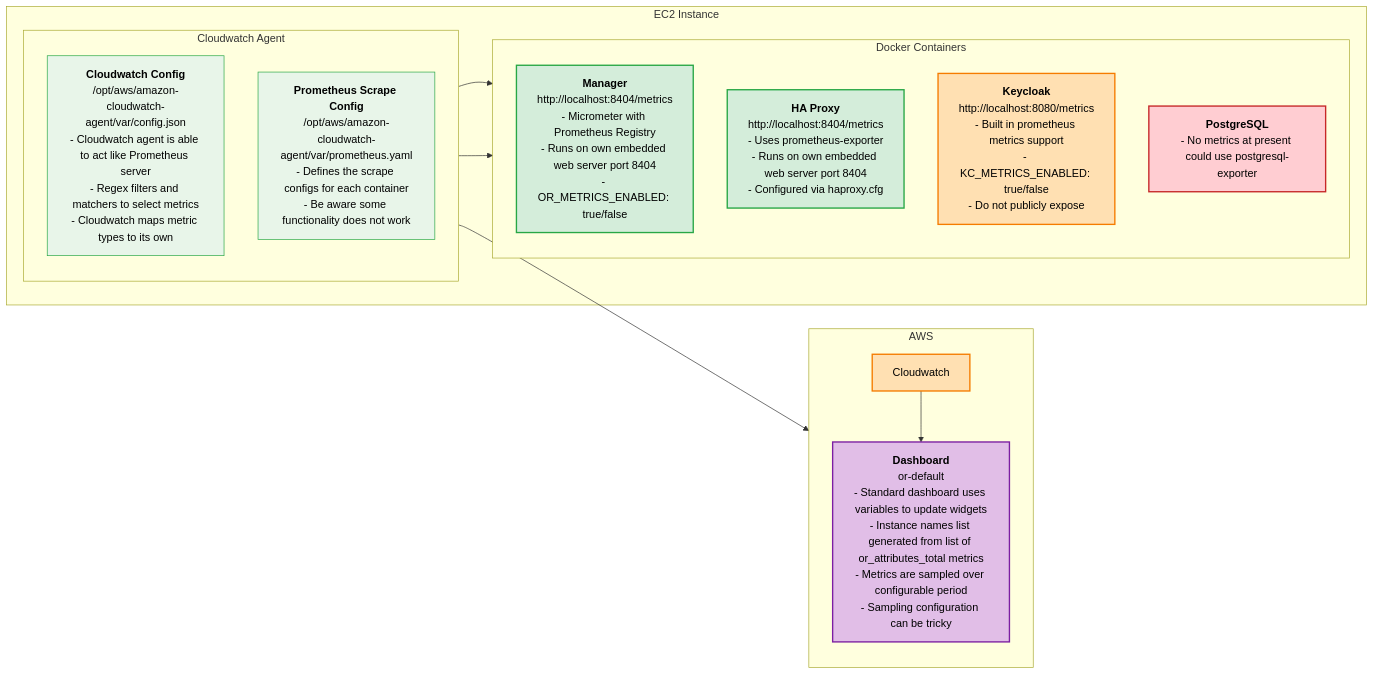
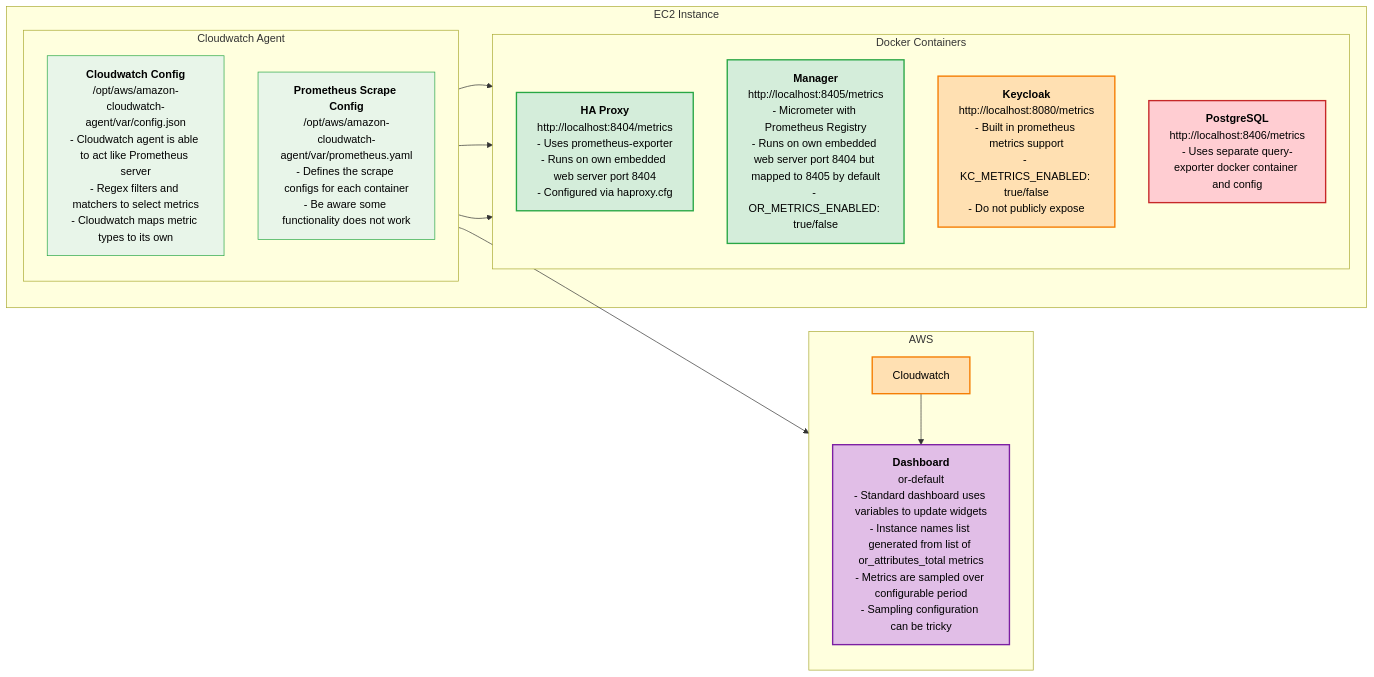
One commit to openremote/documentation changed the diagram in docs/user-guide/metrics.md. Above: the diagram before and after it, drawn with Mermaid. The commit also changed other lines of this file and 21 other files, not shown here.

Commit message:
Documentation cleanup and addition of query-exporter metrics (#158)

````diff
--- a/docs/user-guide/metrics.md
+++ b/docs/user-guide/metrics.md
@@ -5,39 +5,40 @@
 ```mermaid
 graph LR
     %% Styling Definitions
     classDef greenStyle fill:#d4edda,stroke:#28a745,stroke-width:2px,color:#000;
     classDef innerGreenStyle fill:#e8f5e9,stroke:#28a745,stroke-width:1px,color:#000;
     classDef orangeStyle fill:#ffe0b2,stroke:#f57c00,stroke-width:2px,color:#000;
     classDef redStyle fill:#ffcdd2,stroke:#c62828,stroke-width:2px,color:#000;
     classDef purpleStyle fill:#e1bee7,stroke:#7b1fa2,stroke-width:2px,color:#000;
 
     subgraph AWS [AWS]
         direction TB
         CW[Cloudwatch]:::orangeStyle
         DB["<b>Dashboard</b><br/>or-default<br/>- Standard dashboard uses variables to update widgets<br/>- Instance names list generated from list of or_attributes_total metrics<br/>- Metrics are sampled over configurable period<br/>- Sampling configuration can be tricky"]:::purpleStyle
     end
 
     subgraph EC2 [EC2 Instance]
         
         subgraph CWAgent [Cloudwatch Agent]
             direction TB
             CWConfig["<b>Cloudwatch Config</b><br/>/opt/aws/amazon-cloudwatch-agent/var/config.json<br/>- Cloudwatch agent is able to act like Prometheus server<br/>- Regex filters and matchers to select metrics<br/>- Cloudwatch maps metric types to its own"]:::innerGreenStyle
             PromScrape["<b>Prometheus Scrape Config</b><br/>/opt/aws/amazon-cloudwatch-agent/var/prometheus.yaml<br/>- Defines the scrape configs for each container<br/>- Be aware some functionality does not work"]:::innerGreenStyle
         end
 
         subgraph Docker [Docker Containers]
             direction TB
-            Manager["<b>Manager</b><br/>http://localhost:8404/metrics<br/>- Micrometer with Prometheus Registry<br/>- Runs on own embedded web server port 8404<br/>- OR_METRICS_ENABLED: true/false"]:::greenStyle
             HAProxy["<b>HA Proxy</b><br/>http://localhost:8404/metrics<br/>- Uses prometheus-exporter<br/>- Runs on own embedded web server port 8404<br/>- Configured via haproxy.cfg"]:::greenStyle
+            Manager["<b>Manager</b><br/>http://localhost:8405/metrics<br/>- Micrometer with Prometheus Registry<br/>- Runs on own embedded web server port 8404 but mapped to 8405 by default<br/>- OR_METRICS_ENABLED: true/false"]:::greenStyle
             Keycloak["<b>Keycloak</b><br/>http://localhost:8080/metrics<br/>- Built in prometheus metrics support<br/>- KC_METRICS_ENABLED: true/false<br/>- Do not publicly expose"]:::orangeStyle
-            PostgreSQL["<b>PostgreSQL</b><br/>- No metrics at present could use postgresql-exporter"]:::redStyle
+            PostgreSQL["<b>PostgreSQL</b><br/>http://localhost:8406/metrics<br/>- Uses separate query-exporter docker container and config"]:::redStyle
         end
     end
 
     %% Connections
     PromScrape --> Manager
     PromScrape --> HAProxy
+    PromScrape --> PostgreSQL
     CWAgent --> CW
     CW --> DB
 
 ```
````
